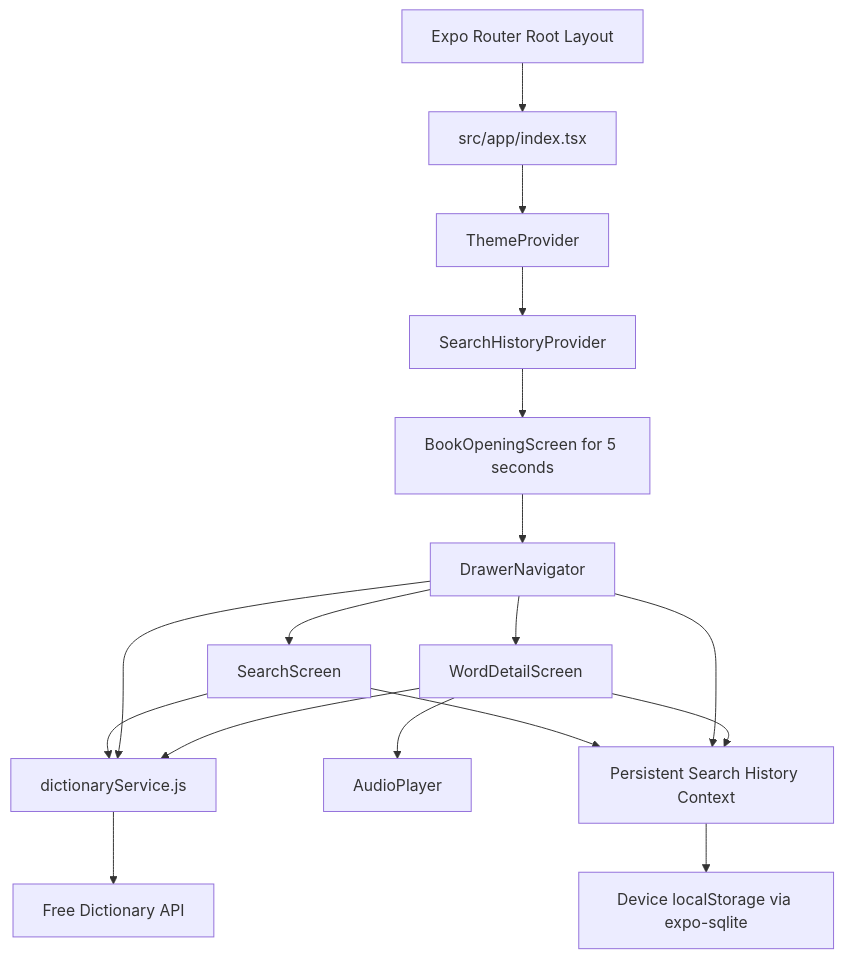
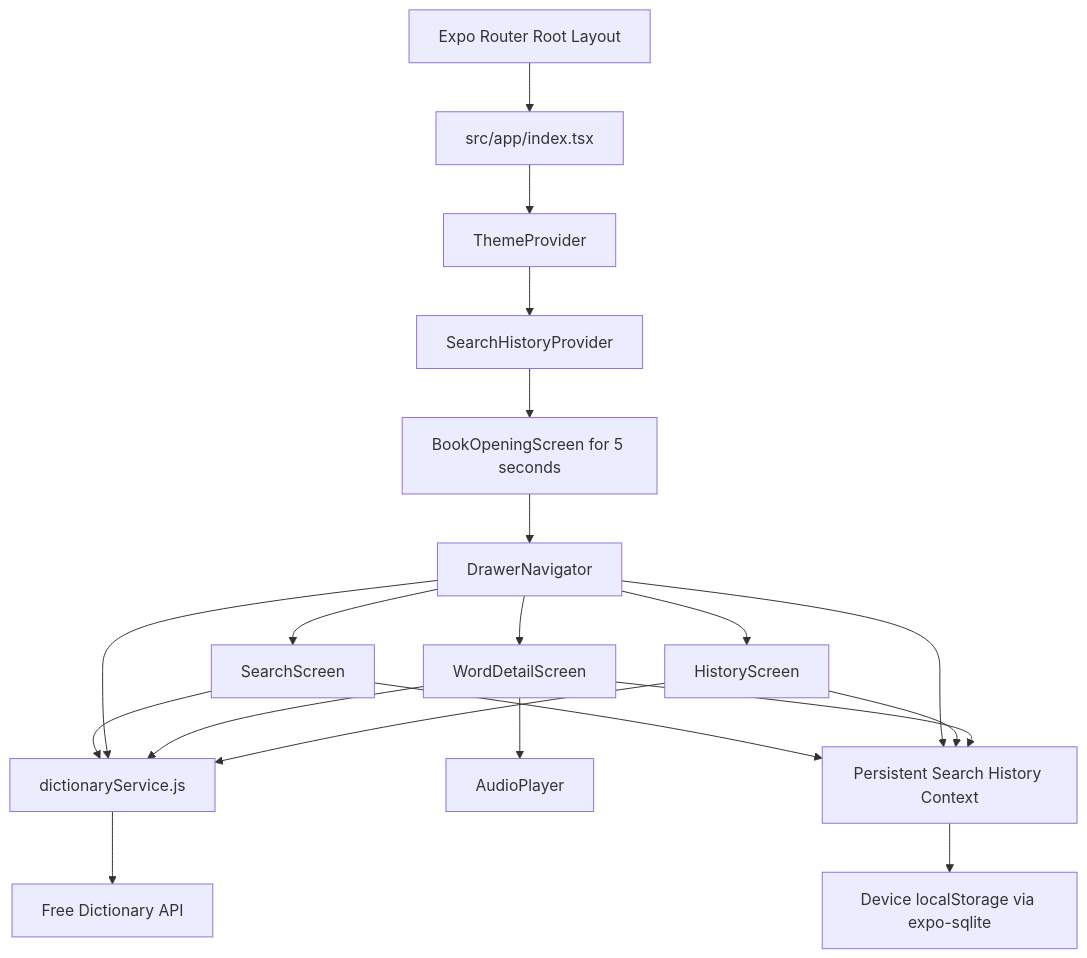
One commit to IshimweJoliePrincesse/Mobile_NE changed the first of 2 diagrams in PROJECT_DESIGN.md. Above: the diagram before and after it, drawn with Mermaid. The commit also changed other lines of this file and 6 other files, not shown here.

````diff
--- a/PROJECT_DESIGN.md
+++ b/PROJECT_DESIGN.md
@@ -40,19 +41,22 @@
 ```mermaid
 flowchart TD
   App[Expo Router Root Layout] --> Index[src/app/index.tsx]
   Index --> ThemeProvider[ThemeProvider]
   ThemeProvider --> HistoryProvider[SearchHistoryProvider]
   HistoryProvider --> BookLoading[BookOpeningScreen for 5 seconds]
   BookLoading --> Drawer[DrawerNavigator]
   Drawer --> Search[SearchScreen]
+  Drawer --> HistoryTab[HistoryScreen]
   Drawer --> Detail[WordDetailScreen]
   Search --> Service[dictionaryService.js]
   Drawer --> Service
   Detail --> Service
   Service --> API[Free Dictionary API]
   Detail --> Audio[AudioPlayer]
   Search --> History[Persistent Search History Context]
   Drawer --> History
+  HistoryTab --> History
+  HistoryTab --> Service
   Detail --> History
   History --> Storage[Device localStorage via expo-sqlite]
 ```
````
